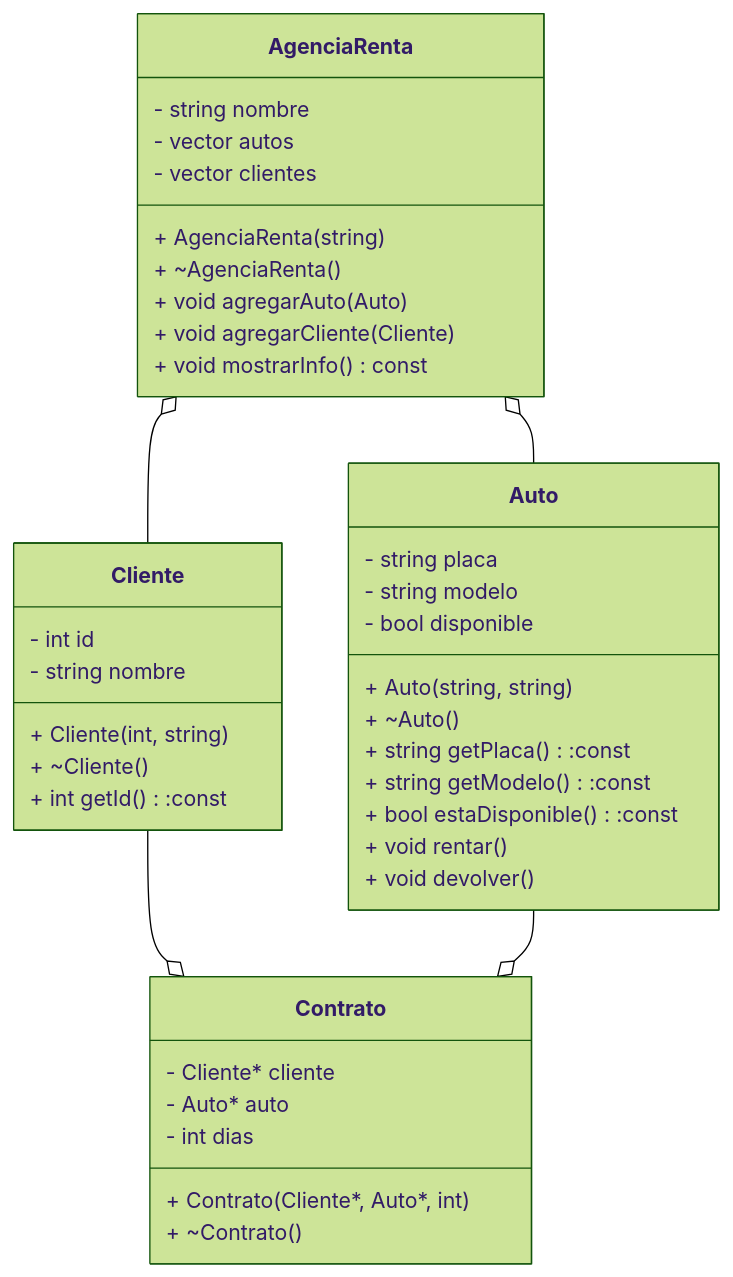
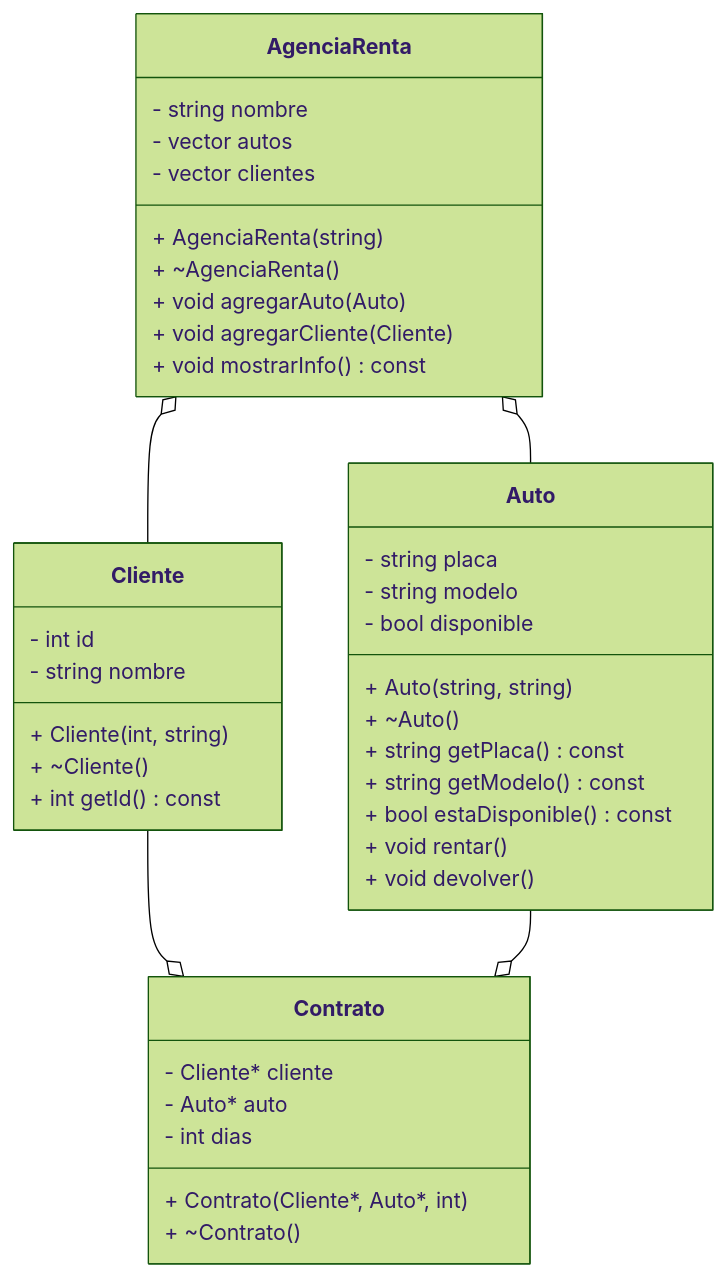
The second of 2 diagrams in README.md (juanferml/diagramasUML), drawn with Mermaid (forest theme) before and after one commit.

````diff
--- a/README.md
+++ b/README.md
@@ -48,50 +48,50 @@
 ```mermaid
 classDiagram
 	
 	class Auto {
 		- string placa
 		- string modelo
 		- bool disponible
 		+ Auto(string, string)
 		+ ~Auto()
-		+ string getPlaca():const
-		+ string getModelo():const
-		+ bool estaDisponible():const
+		+ string getPlaca()const
+		+ string getModelo()const
+		+ bool estaDisponible()const
 		+ void rentar()
 		+ void devolver()
 	}
 	
 	class Cliente {
 		- int id
 		- string nombre
 		+ Cliente(int, string)
 		+ ~Cliente()
-		+ int getId():const
+		+ int getId()const
 	}
 
 	class Contrato {
 		- Cliente* cliente
 		- Auto* auto
 		- int dias
 		+ Contrato(Cliente*, Auto*, int)
 		+ ~Contrato()
 	}
 
 	class AgenciaRenta {
 		- string nombre
 		- vector<Auto*> autos
 		- vector<Cliente*> clientes
 		+ AgenciaRenta(string)
 		+ ~AgenciaRenta()
 		+ void agregarAuto(Auto)
 		+ void agregarCliente(Cliente)
 		+ void mostrarInfo()const
 	}
 
 
    	 Cliente --o Contrato
    	 Auto --o Contrato
  	AgenciaRenta o-- Auto 
 	AgenciaRenta o-- Cliente 
 
 ```
````
